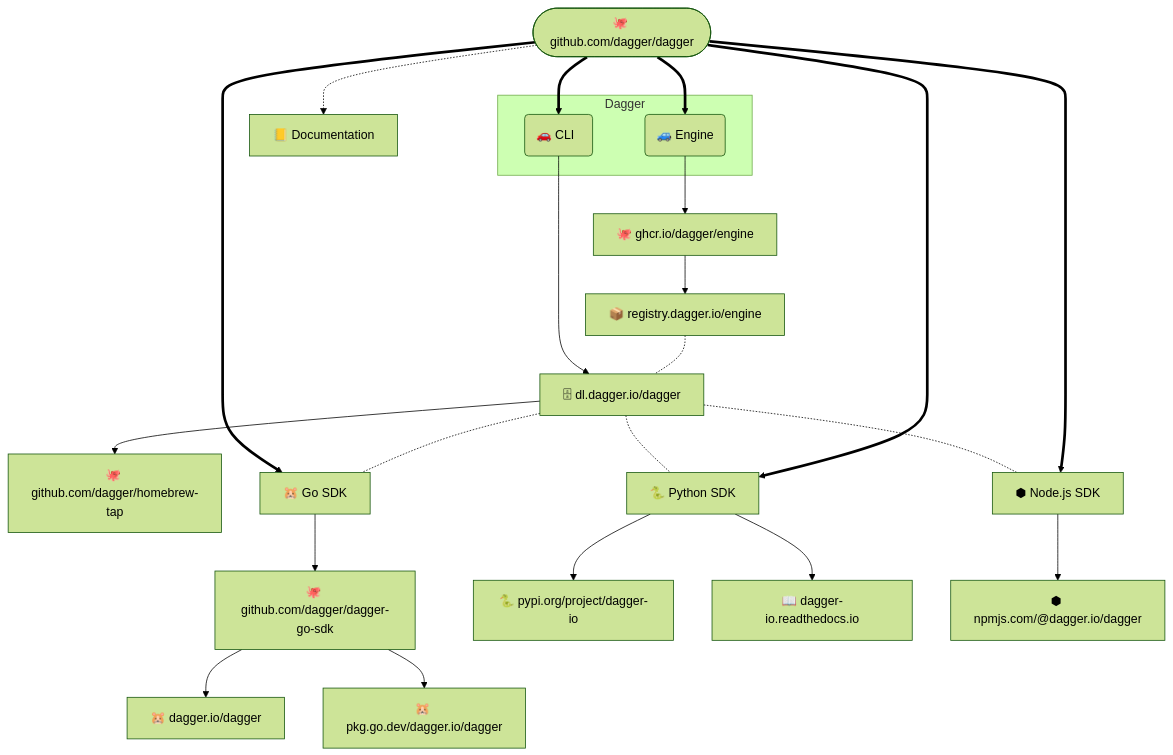
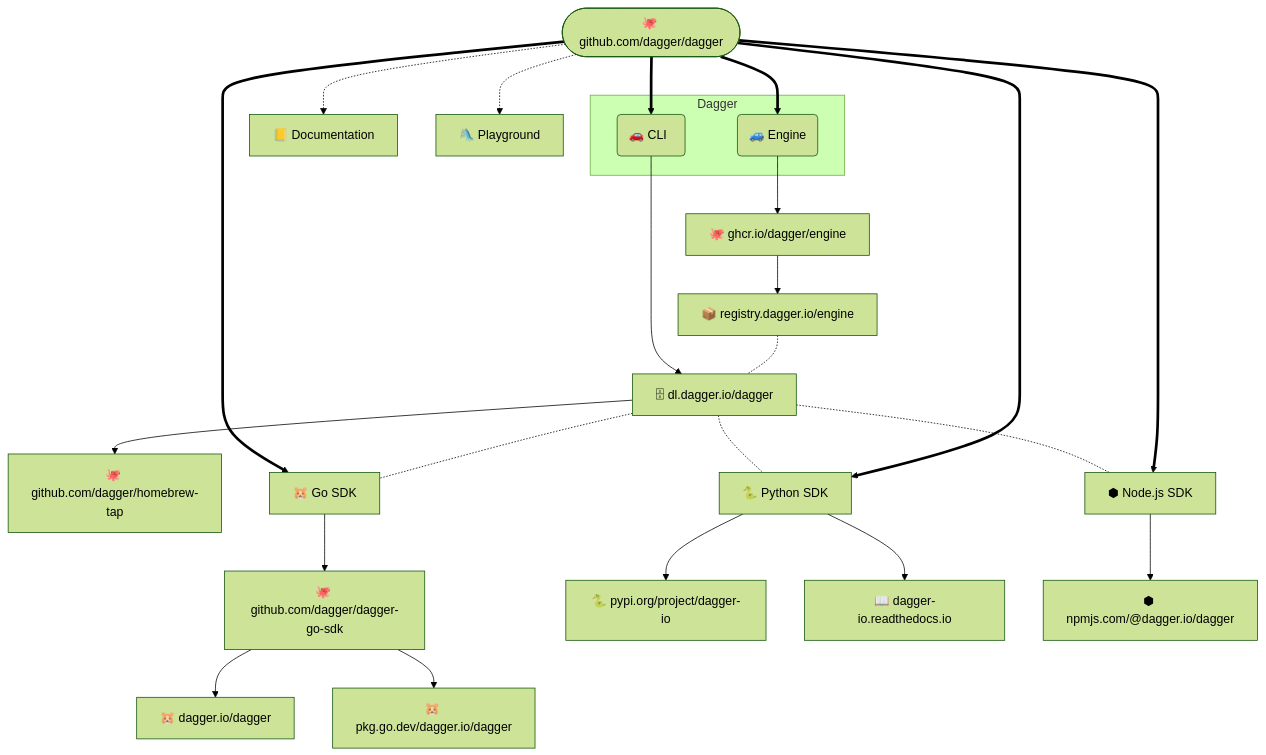
Before and after one commit to dagger/dagger: the diagram in RELEASING.md, drawn with Mermaid (forest theme). The commit also changed other lines of this file, not shown here.

````diff
--- a/RELEASING.md
+++ b/RELEASING.md
@@ -14,38 +14,39 @@
 ```mermaid
 flowchart TD
     repo(["🐙 github.com/dagger/dagger"])
     docs["📒 Documentation"]
-    repo -.-> docs
-
+    playground["🛝 Playground"]
+    repo -.-> docs & playground
+    
     subgraph Dagger
         engine("🚙 Engine")
         cli("🚗 CLI &nbsp;")
     end
 
     repo ==> engine & cli
 
     S3["🗄 dl.dagger.io/dagger"]
     brew-tap["🐙 github.com/dagger/homebrew-tap"]
     cli --> S3 --> brew-tap
 
     registry["📦 registry.dagger.io/engine"]
     ghcr["🐙 ghcr.io/dagger/engine"]
     engine --> ghcr --> registry
 
     go["🐹 Go SDK"]
     go-repo["🐙 github.com/dagger/dagger-go-sdk"]
     go-pkg["🐹 dagger.io/dagger"]
     go-ref["🐹 pkg.go.dev/dagger.io/dagger"]
 
     repo ==> go --> go-repo --> go-pkg & go-ref
     registry -.- S3 -.- go & python & nodejs
 
     python["🐍 Python SDK"]
     pypi["🐍 pypi.org/project/dagger-io"]
     readthedocs["📖 dagger-io.readthedocs.io"]
     repo ==> python --> pypi & readthedocs
 
     nodejs["⬢ Node.js SDK"]
     npm["⬢ npmjs.com/@dagger.io/dagger"]
     repo ==> nodejs --> npm
 ```
````
